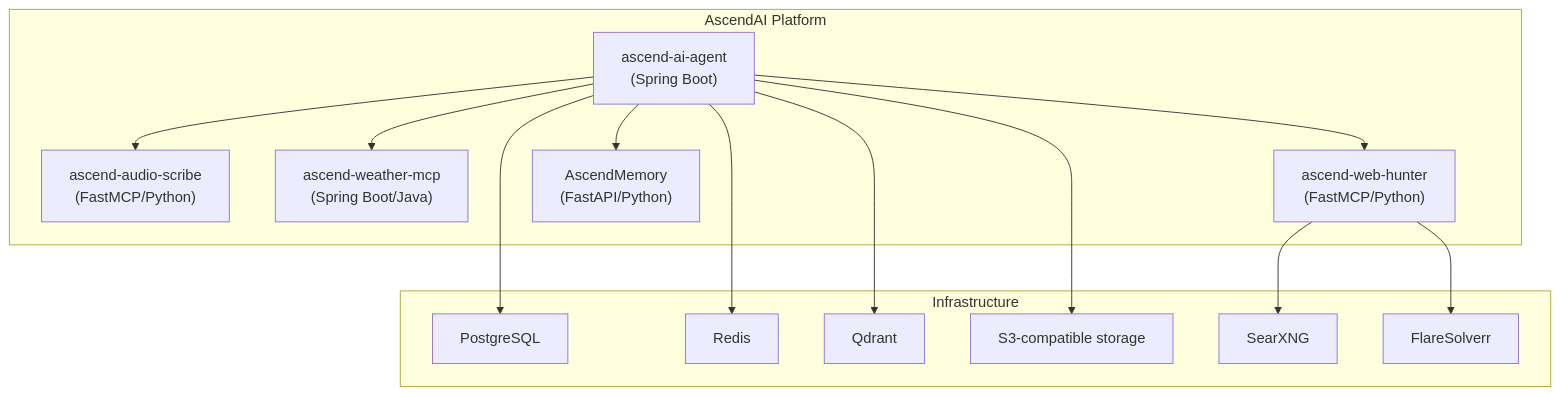
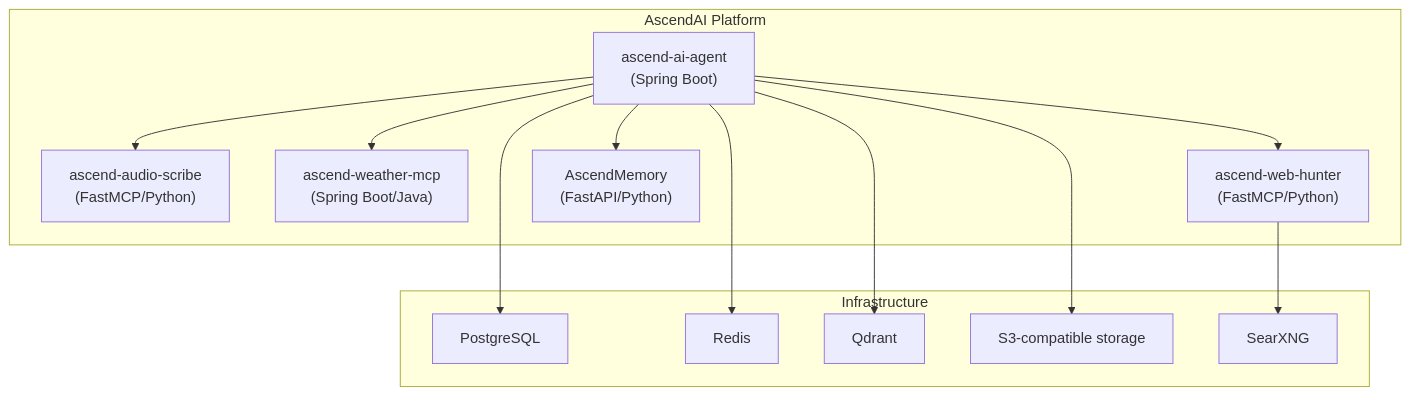
One commit to Lukk17/AscendAI changed the first of 2 diagrams in apps/ascend-agent/docs/architecture/arc42/05-building-block-view.md. Above: the diagram before and after it, drawn with Mermaid. The commit also changed 29 other files, not shown here.

````diff
--- a/apps/ascend-agent/docs/architecture/arc42/05-building-block-view.md
+++ b/apps/ascend-agent/docs/architecture/arc42/05-building-block-view.md
@@ -7,30 +7,28 @@
 ```mermaid
 graph TB
     subgraph "AscendAI Platform"
         AscendAiAgent["ascend-ai-agent<br/>(Spring Boot)"]
         AudioScribe["ascend-audio-scribe<br/>(FastMCP/Python)"]
         Weather["ascend-weather-mcp<br/>(Spring Boot/Java)"]
         WebHunter["ascend-web-hunter<br/>(FastMCP/Python)"]
         Memory["AscendMemory<br/>(FastAPI/Python)"]
     end
 
     subgraph "Infrastructure"
         Postgres["PostgreSQL"]
         Redis["Redis"]
         Qdrant["Qdrant"]
         S3["S3-compatible storage"]
         SearXNG["SearXNG"]
-        FlareSolverr["FlareSolverr"]
     end
 
     AscendAiAgent --> AudioScribe
     AscendAiAgent --> Weather
     AscendAiAgent --> WebHunter
     AscendAiAgent --> Memory
     AscendAiAgent --> Postgres
     AscendAiAgent --> Redis
     AscendAiAgent --> Qdrant
     AscendAiAgent --> S3
     WebHunter --> SearXNG
-    WebHunter --> FlareSolverr
 ```
````
